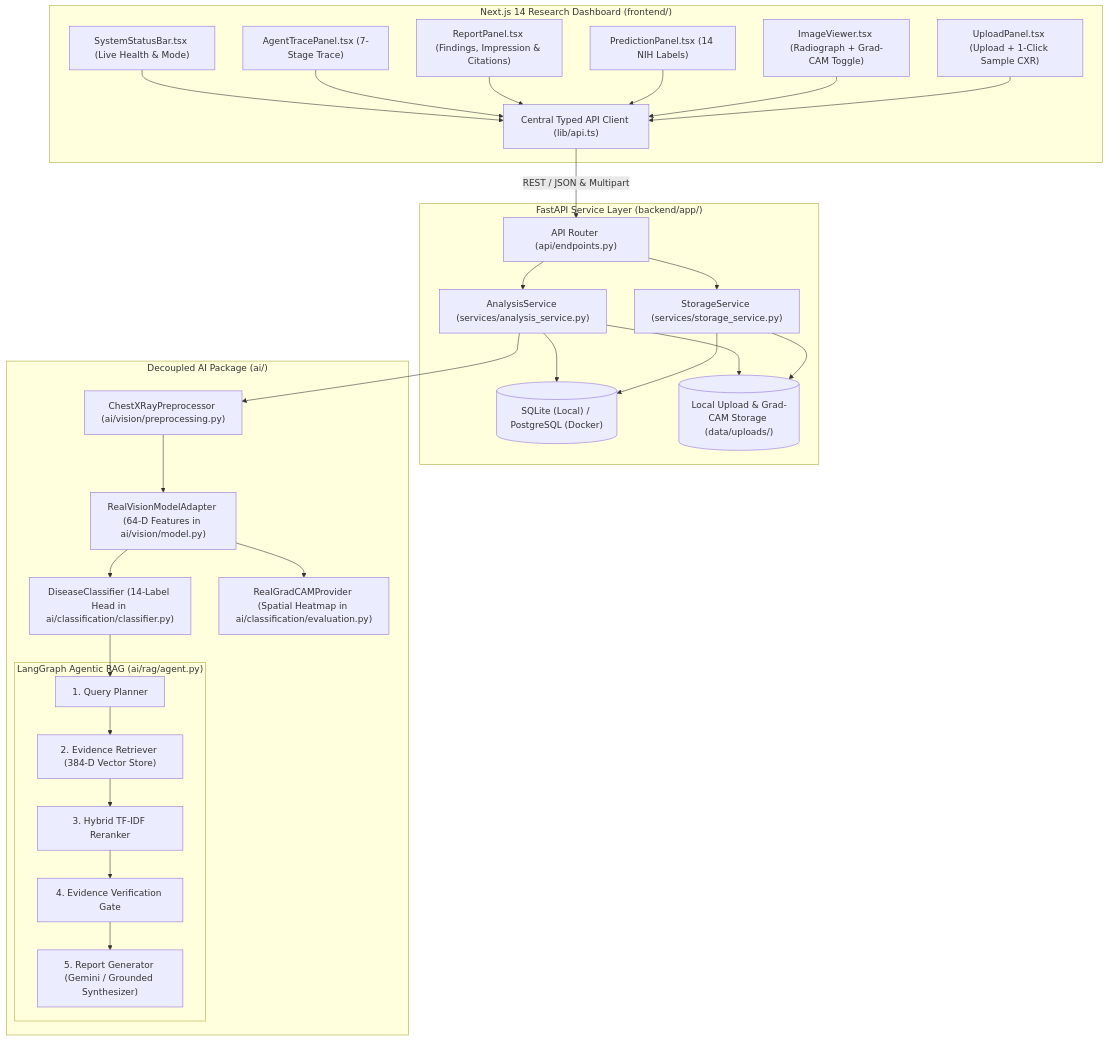
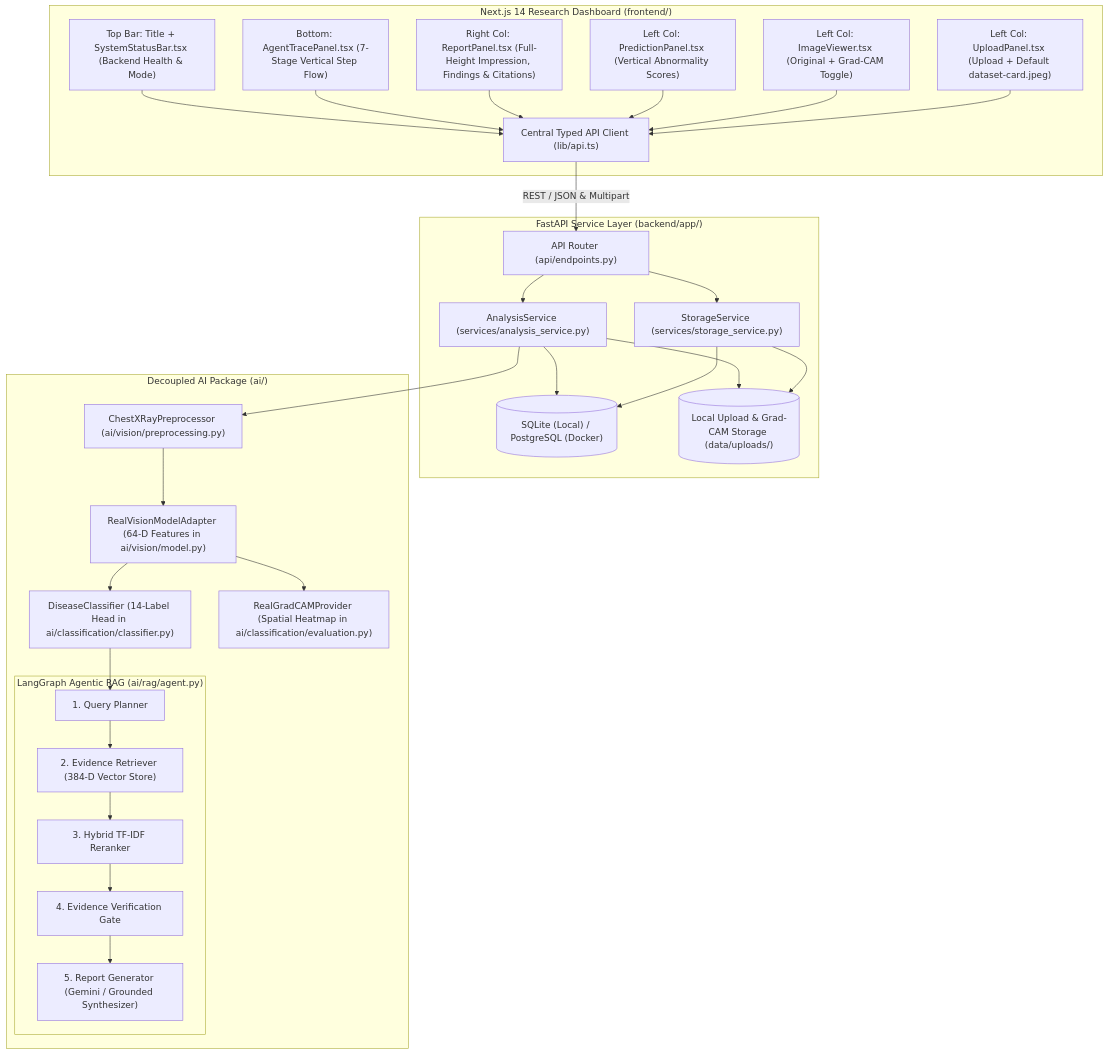
One commit to tamatar-23/radiology changed the diagram in docs/architecture.md. Above: the diagram before and after it, drawn with Mermaid. The commit also changed 11 other files, not shown here.

Commit message:
feat(ui,docs): refine dashboard tile layout, vertical step-flow agent trace, and sync docs

````diff
--- a/docs/architecture.md
+++ b/docs/architecture.md
@@ -12,43 +12,43 @@
 ```mermaid
 flowchart TB
     subgraph Frontend["Next.js 14 Research Dashboard (frontend/)"]
-        UI_UP["UploadPanel.tsx (Upload + 1-Click Sample CXR)"]
-        UI_VW["ImageViewer.tsx (Radiograph + Grad-CAM Toggle)"]
-        UI_PR["PredictionPanel.tsx (14 NIH Labels)"]
-        UI_RP["ReportPanel.tsx (Findings, Impression & Citations)"]
-        UI_TR["AgentTracePanel.tsx (7-Stage Trace)"]
-        UI_ST["SystemStatusBar.tsx (Live Health & Mode)"]
+        UI_ST["Top Bar: Title + SystemStatusBar.tsx (Backend Health & Mode)"]
+        UI_UP["Left Col: UploadPanel.tsx (Upload + Default dataset-card.jpeg)"]
+        UI_VW["Left Col: ImageViewer.tsx (Original + Grad-CAM Toggle)"]
+        UI_PR["Left Col: PredictionPanel.tsx (Vertical Abnormality Scores)"]
+        UI_RP["Right Col: ReportPanel.tsx (Full-Height Impression, Findings & Citations)"]
+        UI_TR["Bottom: AgentTracePanel.tsx (7-Stage Vertical Step Flow)"]
         API_CL["Central Typed API Client (lib/api.ts)"]
     end
 
     subgraph Backend["FastAPI Service Layer (backend/app/)"]
         RT["API Router (api/endpoints.py)"]
         SS["StorageService (services/storage_service.py)"]
         AS["AnalysisService (services/analysis_service.py)"]
         DB[("SQLite (Local) / PostgreSQL (Docker)")]
         FS[("Local Upload & Grad-CAM Storage (data/uploads/)")]
     end
 
     subgraph AILayer["Decoupled AI Package (ai/)"]
         PRE["ChestXRayPreprocessor (ai/vision/preprocessing.py)"]
         MOD["RealVisionModelAdapter (64-D Features in ai/vision/model.py)"]
         CLS["DiseaseClassifier (14-Label Head in ai/classification/classifier.py)"]
         CAM["RealGradCAMProvider (Spatial Heatmap in ai/classification/evaluation.py)"]
         subgraph RAG["LangGraph Agentic RAG (ai/rag/agent.py)"]
             N1["1. Query Planner"]
             N2["2. Evidence Retriever (384-D Vector Store)"]
             N3["3. Hybrid TF-IDF Reranker"]
             N4["4. Evidence Verification Gate"]
             N5["5. Report Generator (Gemini / Grounded Synthesizer)"]
             N1 --> N2 --> N3 --> N4 --> N5
         end
     end
 
     UI_UP & UI_VW & UI_PR & UI_RP & UI_TR & UI_ST --> API_CL
     API_CL -->|REST / JSON & Multipart| RT
     RT --> SS & AS
     SS --> FS & DB
     AS --> DB & FS
     AS --> PRE --> MOD --> CLS & CAM
     CLS --> N1
 ```
````
